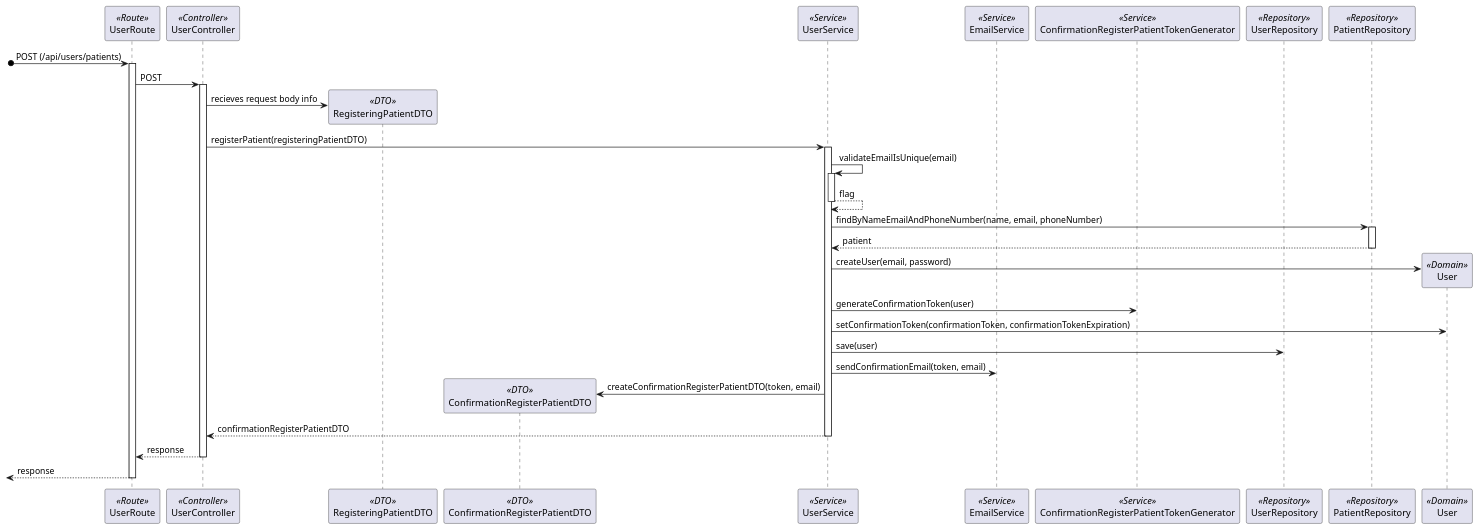
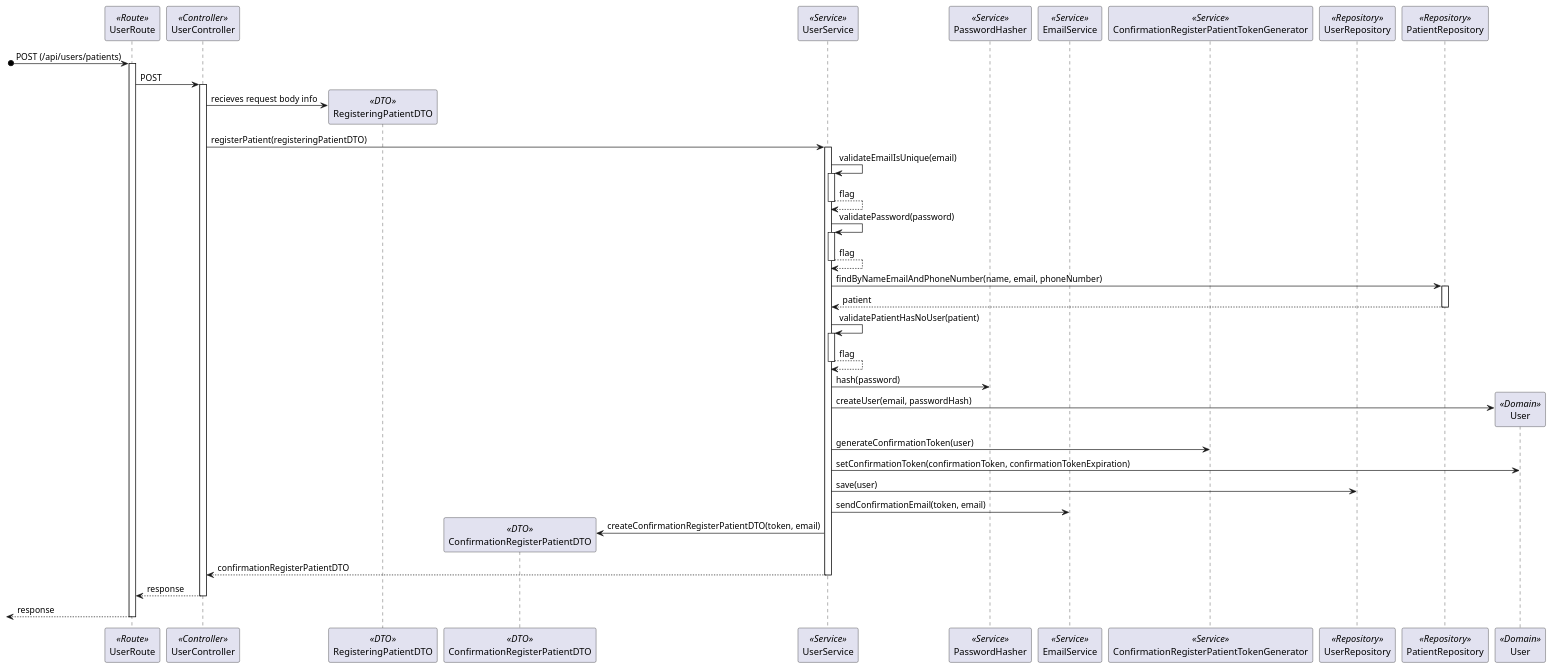
The diagram in docs/Sprint_1/US_5.1.3/L3/Process_View_Prior_Confirmation.puml (Rodrick0209/ISEP-SEM5PI-24-25), drawn with PlantUML before and after one commit. The commit also changed 1 other file, not shown here.

```diff
--- a/docs/Sprint_1/US_5.1.3/L3/Process_View_Prior_Confirmation.puml
+++ b/docs/Sprint_1/US_5.1.3/L3/Process_View_Prior_Confirmation.puml
@@ -2,39 +2,47 @@
 @startuml Process_View_Prior_Confirmation
 participant UserRoute as Route <<Route>>
 participant UserController as Controller <<Controller>>
 participant RegisteringPatientDTO as DTO <<DTO>>
 participant ConfirmationRegisterPatientDTO as ConfirmationDTO <<DTO>>
 participant UserService as Service <<Service>>
+participant PasswordHasher as Hasher <<Service>>
 participant EmailService as EmailService <<Service>>
 participant ConfirmationRegisterPatientTokenGenerator as TokenGenerator <<Service>>
 participant UserRepository as Repository <<Repository>>
 participant PatientRepository as PatientRepository <<Repository>> 
 participant User as Domain <<Domain>>
 [o-> Route: POST (/api/users/patients)
 activate Route
 Route -> Controller : POST
 activate Controller
 Controller -> DTO** : recieves request body info
 Controller -> Service : registerPatient(registeringPatientDTO)
 activate Service
 Service -> Service : validateEmailIsUnique(email)
 activate Service
 return flag
+Service -> Service : validatePassword(password)
+activate Service
+return flag
 Service -> PatientRepository : findByNameEmailAndPhoneNumber(name, email, phoneNumber)
 activate PatientRepository
 return patient
-Service -> Domain** : createUser(email, password)
+Service -> Service : validatePatientHasNoUser(patient)
+activate Service
+return flag
+Service -> Hasher : hash(password)
+Service -> Domain** : createUser(email, passwordHash)
 Service -> TokenGenerator : generateConfirmationToken(user)
 Service -> Domain : setConfirmationToken(confirmationToken, confirmationTokenExpiration)
 Service -> Repository : save(user)
 Service -> EmailService : sendConfirmationEmail(token, email)
 Service -> ConfirmationDTO** : createConfirmationRegisterPatientDTO(token, email)
 Service --> Controller : confirmationRegisterPatientDTO
 deactivate Service
 Controller --> Route : response
 deactivate Controller
 <-- Route : response
 deactivate Route
 
 
 @enduml
```
